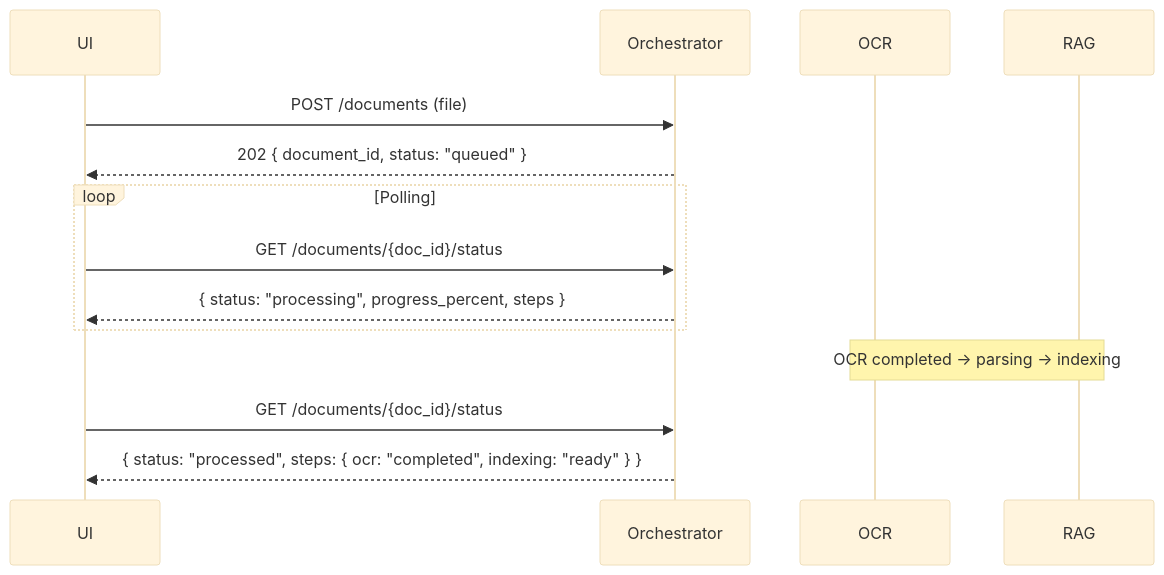
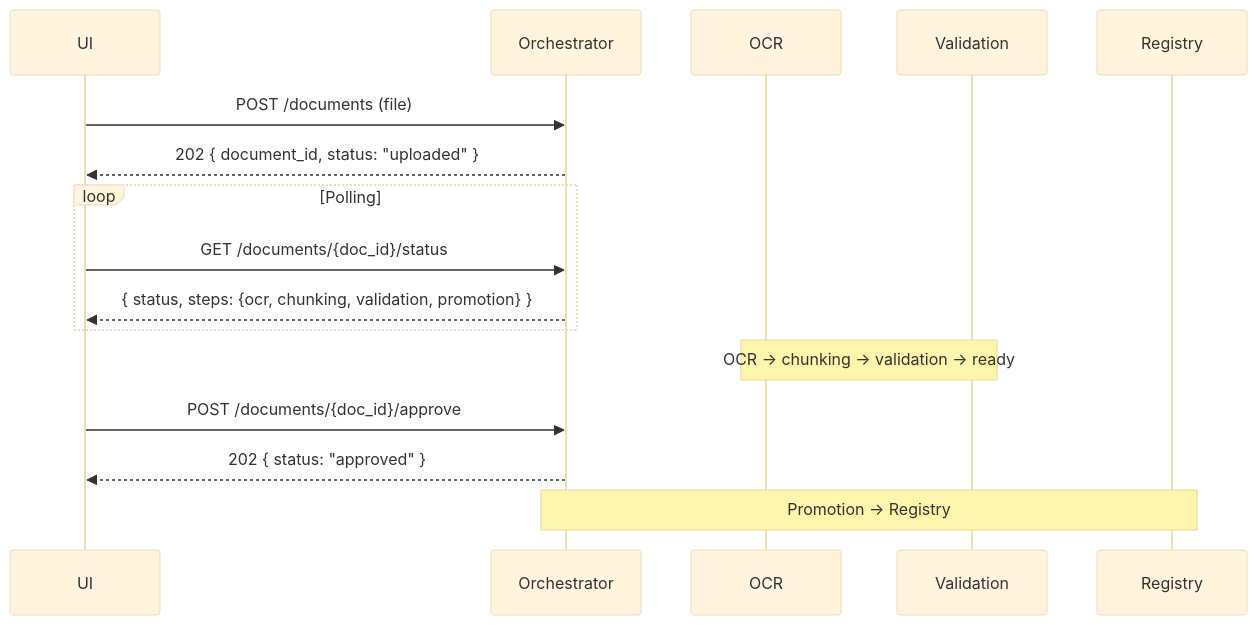
Before and after one commit to MasterKSAF/PKB: the diagram in docs/api/orchestrator_service_api.md, drawn with Mermaid (base theme). The commit also changed other lines of this file and 2 other files, not shown here.

Commit message:
docs(api): Orchestrator-owned container model, pass-by-value, stateless RAG

````diff
--- a/docs/api/orchestrator_service_api.md
+++ b/docs/api/orchestrator_service_api.md
@@ -77,16 +82,18 @@
 ```mermaid
 sequenceDiagram
     participant UI
     participant Orchestrator
     participant OCR
-    participant RAG
+    participant Validation
+    participant Registry
     UI->>Orchestrator: POST /documents (file)
-    Orchestrator-->>UI: 202 { document_id, status: "queued" }
+    Orchestrator-->>UI: 202 { document_id, status: "uploaded" }
     loop Polling
         UI->>Orchestrator: GET /documents/{doc_id}/status
-        Orchestrator-->>UI: { status: "processing", progress_percent, steps }
+        Orchestrator-->>UI: { status, steps: {ocr, chunking, validation, promotion} }
     end
-    Note over OCR,RAG: OCR completed → parsing → indexing
-    UI->>Orchestrator: GET /documents/{doc_id}/status
-    Orchestrator-->>UI: { status: "processed", steps: { ocr: "completed", indexing: "ready" } }
+    Note over OCR,Validation: OCR → chunking → validation → ready
+    UI->>Orchestrator: POST /documents/{doc_id}/approve
+    Orchestrator-->>UI: 202 { status: "approved" }
+    Note over Orchestrator,Registry: Promotion → Registry
 ```
````
